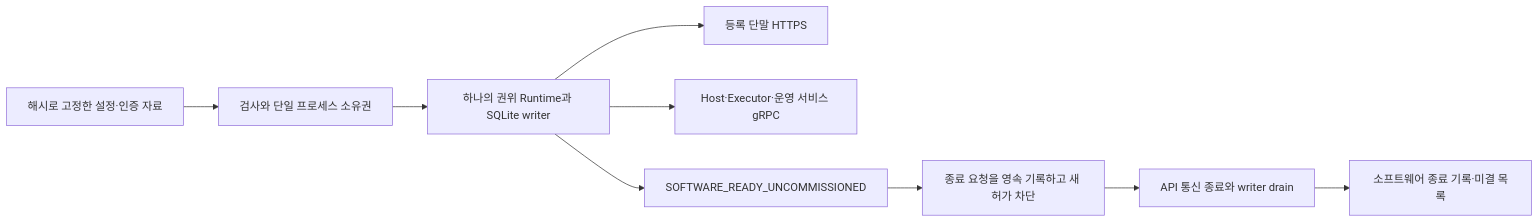
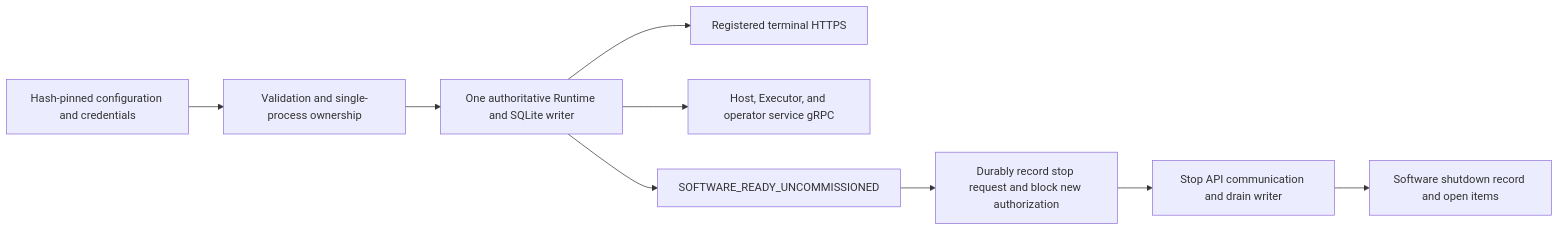
One commit to jack0682/rx-platform changed the diagram in crates/rx-platformd/README.md. Above: the diagram before and after it, drawn with Mermaid. The commit also changed other lines of this file and 103 other files, not shown here.

````diff
--- a/crates/rx-platformd/README.md
+++ b/crates/rx-platformd/README.md
@@ -7,11 +7,11 @@
 ```mermaid
 flowchart LR
-    Files[해시로 고정한 설정·인증 자료] --> Validate[검사와 단일 프로세스 소유권]
-    Validate --> Writer[하나의 권위 Runtime과 SQLite writer]
-    Writer --> HTTPS[등록 단말 HTTPS]
-    Writer --> GRPC[Host·Executor·운영 서비스 gRPC]
+    Files[Hash-pinned configuration and credentials] --> Validate[Validation and single-process ownership]
+    Validate --> Writer[One authoritative Runtime and SQLite writer]
+    Writer --> HTTPS[Registered terminal HTTPS]
+    Writer --> GRPC[Host, Executor, and operator service gRPC]
     Writer --> State[SOFTWARE_READY_UNCOMMISSIONED]
-    State --> Barrier[종료 요청을 영속 기록하고 새 허가 차단]
-    Barrier --> Drain[API 통신 종료와 writer drain]
-    Drain --> Report[소프트웨어 종료 기록·미결 목록]
+    State --> Barrier[Durably record stop request and block new authorization]
+    Barrier --> Drain[Stop API communication and drain writer]
+    Drain --> Report[Software shutdown record and open items]
 ```
````
